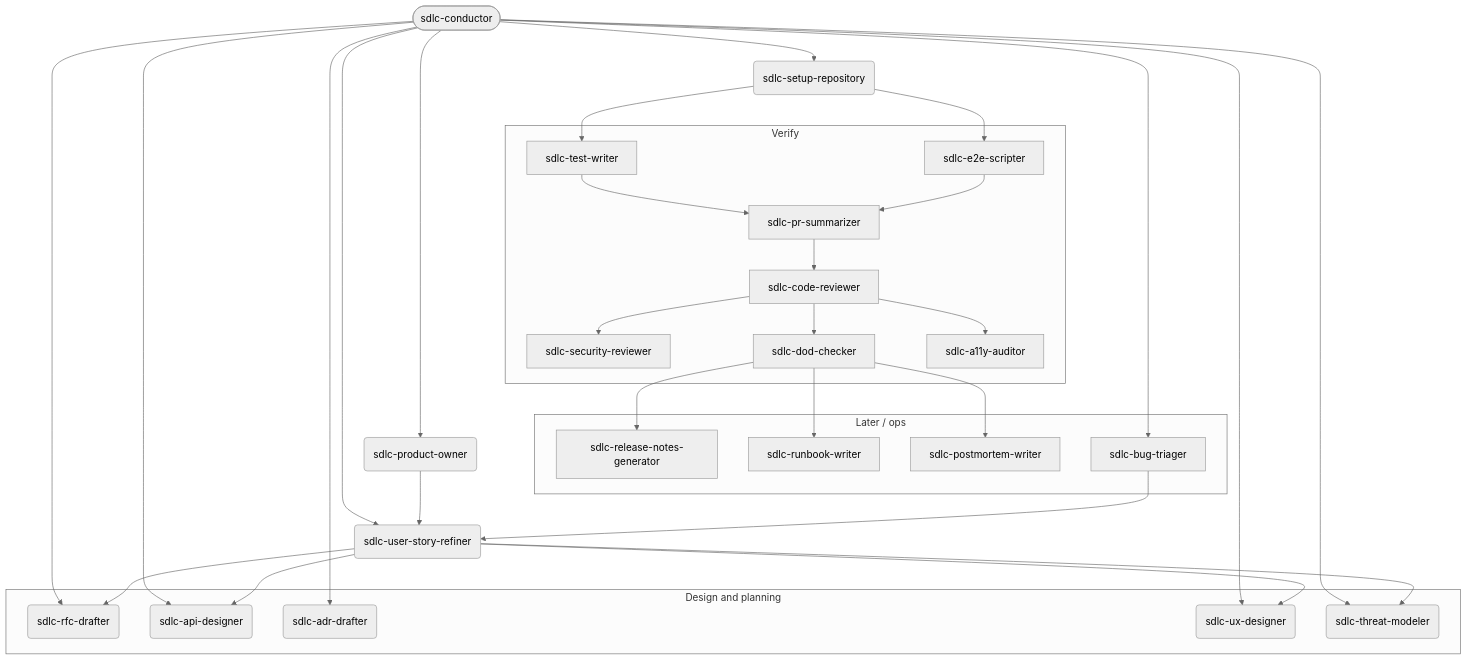
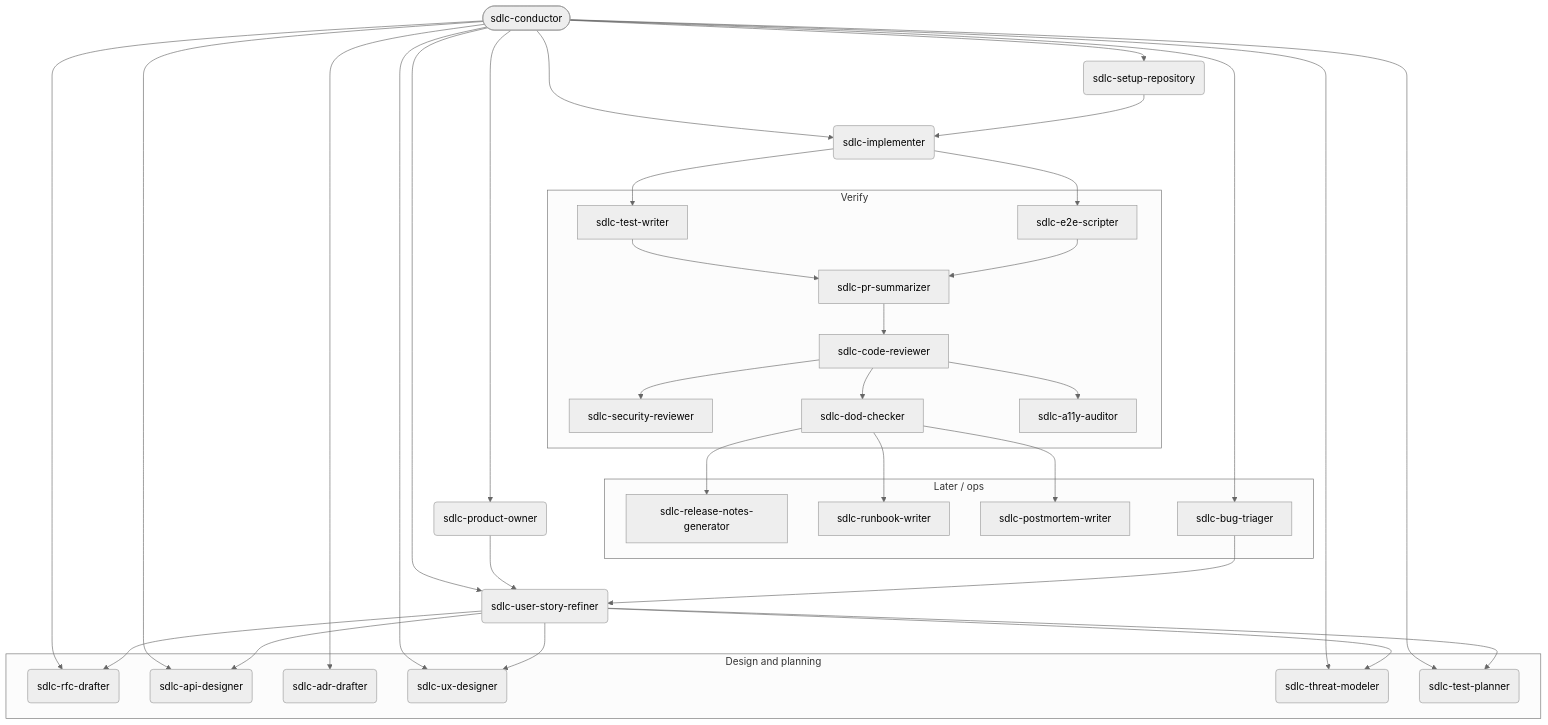
The diagram in mcp-server/data/templates/lifecycle_pipeline.md (mjbvilhena/ai-sdlc-harness), drawn with Mermaid (neutral theme) before and after one commit. The commit also changed other lines of this file and 28 other files, not shown here.

First line of the commit message:
feat: add sdlc-test-planner and sdlc-implementer on the legal path

````diff
--- a/mcp-server/data/templates/lifecycle_pipeline.md
+++ b/mcp-server/data/templates/lifecycle_pipeline.md
@@ -27,67 +27,74 @@
 ```mermaid
 flowchart TD
     %% Parent Node
     Conductor([sdlc-conductor])
 
     PO(sdlc-product-owner)
     Refiner(sdlc-user-story-refiner)
-    Setup(sdlc-setup-repository)
 
     subgraph DesignPlanning["Design and planning"]
         RFC(sdlc-rfc-drafter)
         API(sdlc-api-designer)
         ADR(sdlc-adr-drafter)
         UX(sdlc-ux-designer)
         Threat(sdlc-threat-modeler)
+        TestPlanner(sdlc-test-planner)
     end
+
+    Setup(sdlc-setup-repository)
+    Implementer(sdlc-implementer)
 
     subgraph Verify["Verify"]
         TestWriter[sdlc-test-writer]
         E2E[sdlc-e2e-scripter]
         PRSum[sdlc-pr-summarizer]
         CodeReviewer[sdlc-code-reviewer]
         SecReview[sdlc-security-reviewer]
         DoD[sdlc-dod-checker]
         A11y[sdlc-a11y-auditor]
     end
 
     subgraph LaterOps["Later / ops"]
         Release[sdlc-release-notes-generator]
         Runbook[sdlc-runbook-writer]
         Postmortem[sdlc-postmortem-writer]
         Triage[sdlc-bug-triager]
     end
 
     %% Hierarchy / Execution flow
     Conductor --> PO
     Conductor --> Refiner
     Conductor --> RFC
     Conductor --> API
     Conductor --> ADR
     Conductor --> UX
     Conductor --> Threat
+    Conductor --> TestPlanner
     Conductor --> Setup
+    Conductor --> Implementer
 
     PO --> Refiner
     Refiner --> RFC
     Refiner --> API
     Refiner --> UX
     Refiner --> Threat
+    Refiner --> TestPlanner
 
-    Setup --> TestWriter
-    Setup --> E2E
+    Setup --> Implementer
+    Implementer --> TestWriter
+    Implementer --> E2E
     TestWriter --> PRSum
     E2E --> PRSum
     PRSum --> CodeReviewer
     CodeReviewer --> SecReview
     CodeReviewer --> DoD
     CodeReviewer --> A11y
 
     DoD --> Release
     DoD --> Runbook
     DoD --> Postmortem
 
     %% Intake / re-entry — not the setup-to-tests happy path
     Conductor --> Triage
     Triage --> Refiner
 ```
````
